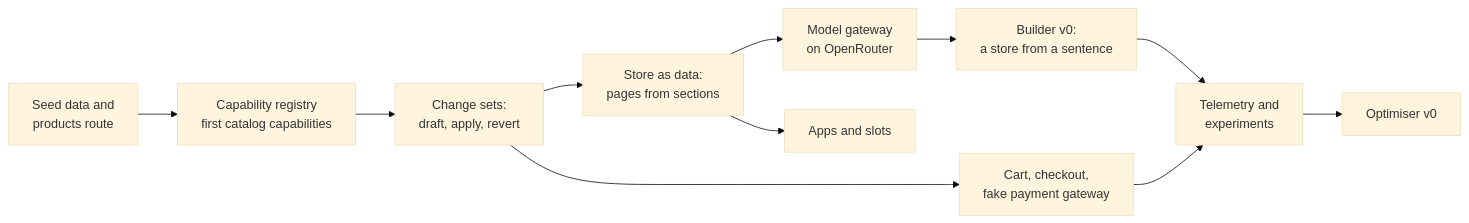
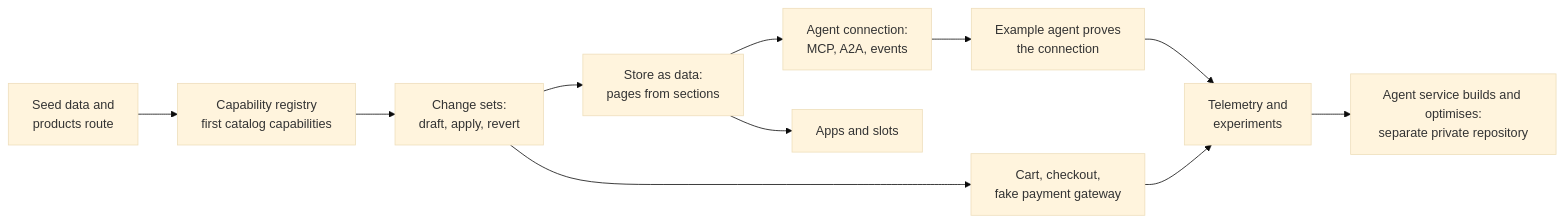
One commit to the-market-org/the-market changed the fourth of 4 diagrams in docs/architecture/agent-design-part-2-optimiser-and-safety.md. Above: the diagram before and after it, drawn with Mermaid (base theme). The commit also changed other lines of this file, not shown here.

Commit message:
Place the model gateway and agents in the agent service in part 2

````diff
--- a/docs/architecture/agent-design-part-2-optimiser-and-safety.md
+++ b/docs/architecture/agent-design-part-2-optimiser-and-safety.md
@@ -146,13 +147,13 @@
 ```mermaid
 flowchart LR
     A[Seed data and<br/>products route] --> B[Capability registry<br/>first catalog capabilities]
     B --> C[Change sets:<br/>draft, apply, revert]
     C --> D[Store as data:<br/>pages from sections]
-    D --> E[Model gateway<br/>on OpenRouter]
-    E --> F[Builder v0:<br/>a store from a sentence]
+    D --> E[Agent connection:<br/>MCP, A2A, events]
+    E --> F[Example agent proves<br/>the connection]
     C --> G[Cart, checkout,<br/>fake payment gateway]
     F --> H[Telemetry and<br/>experiments]
     G --> H
-    H --> I[Optimiser v0]
+    H --> I[Agent service builds and optimises:<br/>separate private repository]
     D --> J[Apps and slots]
 ```
````
